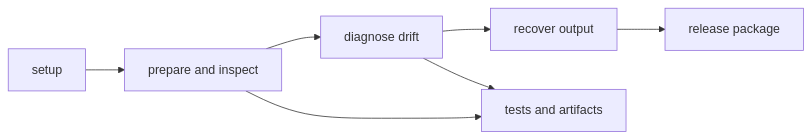
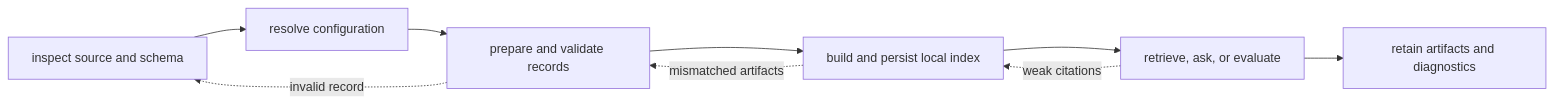
Before and after one commit to bijux/bijux-canon: the diagram in docs/02-bijux-canon-ingest/operations/index.md, drawn with Mermaid. The commit also changed other lines of this file and 3 other files, not shown here.

````diff
--- a/docs/02-bijux-canon-ingest/operations/index.md
+++ b/docs/02-bijux-canon-ingest/operations/index.md
@@ -16,13 +19,14 @@
 ```mermaid
 flowchart LR
-    setup["setup"]
-    run["prepare and inspect"]
-    diagnose["diagnose drift"]
-    recover["recover output"]
-    release["release package"]
-    proof["tests and artifacts"]
+    inspect["inspect source and schema"]
+    configure["resolve configuration"]
+    prepare["prepare and validate records"]
+    index["build and persist local index"]
+    query["retrieve, ask, or evaluate"]
+    retain["retain artifacts and diagnostics"]
 
-    setup --> run --> diagnose --> recover --> release
-    run --> proof
-    diagnose --> proof
+    inspect --> configure --> prepare --> index --> query --> retain
+    prepare -. invalid record .-> inspect
+    index -. mismatched artifacts .-> prepare
+    query -. weak citations .-> index
 ```
````
